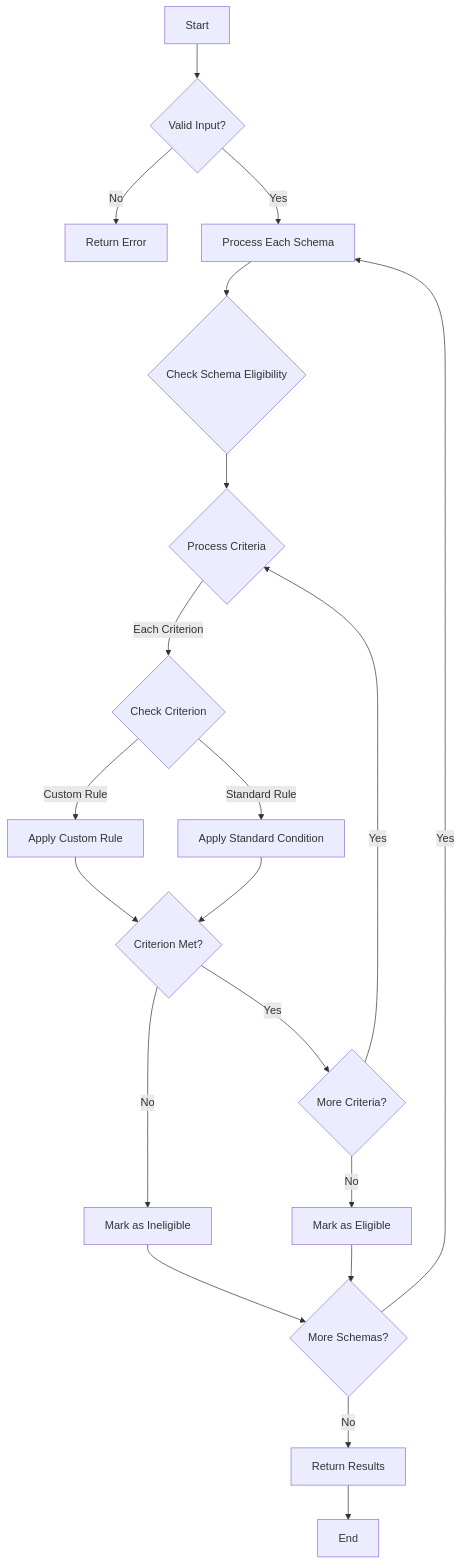
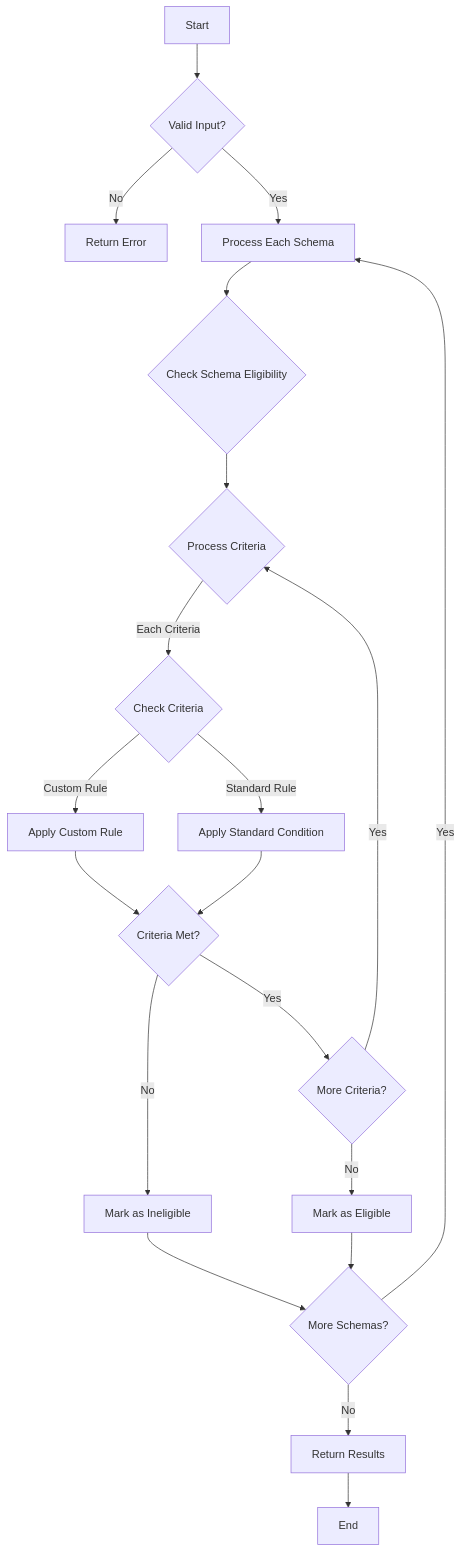
Before and after one commit to tekdi/ubi-eligibility-sdk: the diagram in docs/flowchart.md, drawn with Mermaid. The commit also changed other lines of this file and 19 other files, not shown here.

````diff
--- a/docs/flowchart.md
+++ b/docs/flowchart.md
@@ -5,29 +5,29 @@
 ```mermaid
 flowchart TD
     A[Start] --> B{Valid Input?}
     B -->|No| C[Return Error]
     B -->|Yes| D[Process Each Schema]
     
     D --> E{Check Schema Eligibility}
     E --> F{Process Criteria}
     
-    F -->|Each Criterion| G{Check Criterion}
+    F -->|Each Criteria| G{Check Criteria}
     G -->|Custom Rule| H[Apply Custom Rule]
     G -->|Standard Rule| I[Apply Standard Condition]
     
-    H --> J{Criterion Met?}
+    H --> J{Criteria Met?}
     I --> J
     
     J -->|No| K[Mark as Ineligible]
     J -->|Yes| L{More Criteria?}
     
     L -->|Yes| F
     L -->|No| M[Mark as Eligible]
     
     K --> N{More Schemas?}
     M --> N
     
     N -->|Yes| D
     N -->|No| O[Return Results]
     O --> P[End]
 ```
````
